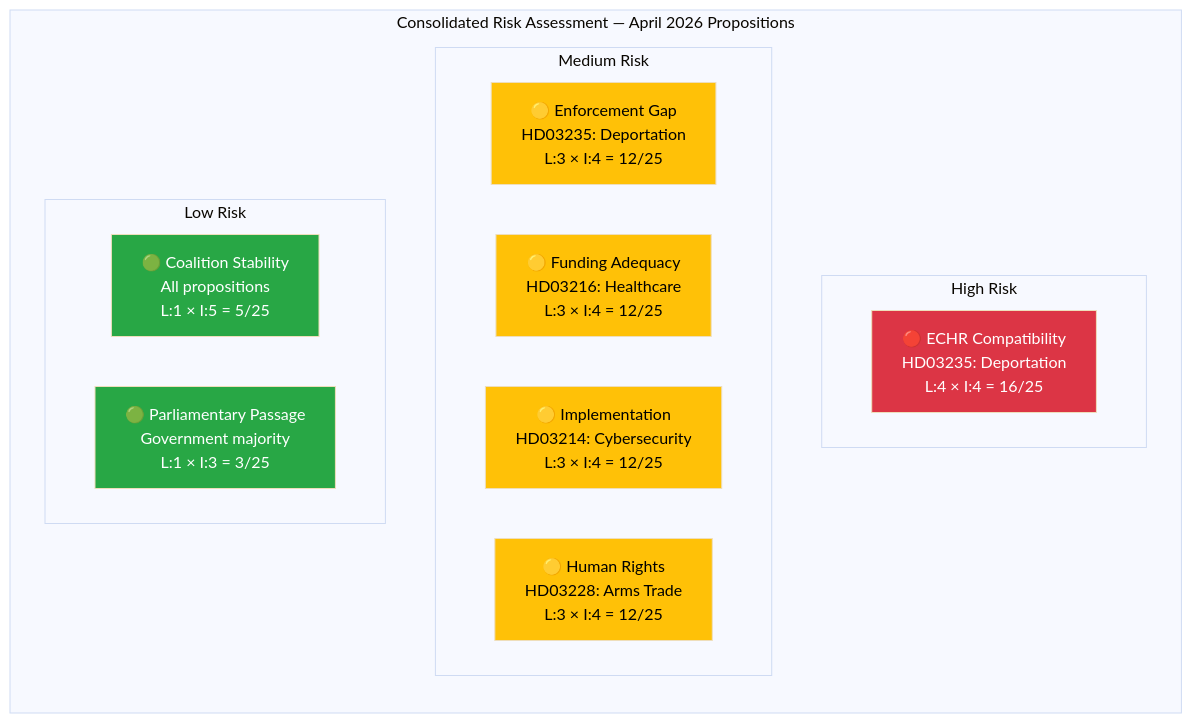
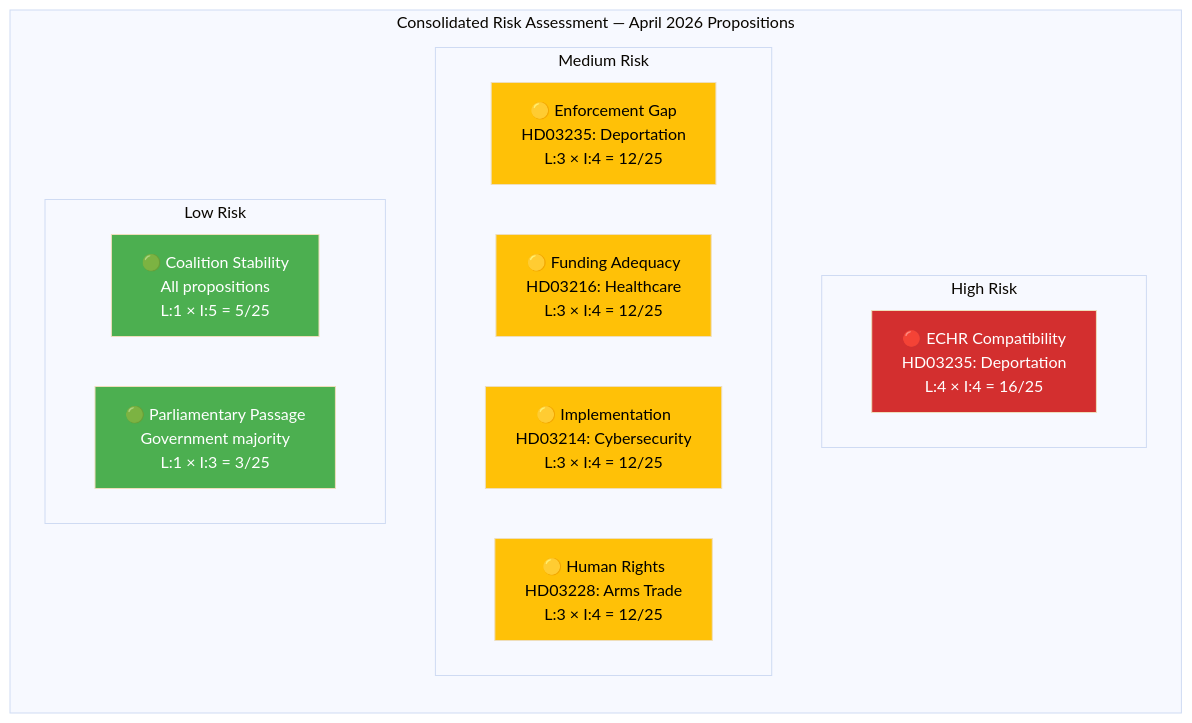
One commit to Hack23/riksdagsmonitor changed the diagram in analysis/daily/2026-04-10/propositions/risk-assessment.md. Above: the diagram before and after it, drawn with Mermaid (base theme). The commit also changed 785 other files, not shown here.

First line of the commit message:
Normalize mermaid colors across 786 analysis artifacts to ISMS Style Guide palette

````diff
--- a/analysis/daily/2026-04-10/propositions/risk-assessment.md
+++ b/analysis/daily/2026-04-10/propositions/risk-assessment.md
@@ -16,26 +16,26 @@
 ```mermaid
 graph TD
     subgraph "Consolidated Risk Assessment — April 2026 Propositions"
         direction TB
         subgraph "High Risk"
             HR1["🔴 ECHR Compatibility<br/>HD03235: Deportation<br/>L:4 × I:4 = 16/25"]
         end
         subgraph "Medium Risk"
             MR1["🟡 Enforcement Gap<br/>HD03235: Deportation<br/>L:3 × I:4 = 12/25"]
             MR2["🟡 Funding Adequacy<br/>HD03216: Healthcare<br/>L:3 × I:4 = 12/25"]
             MR3["🟡 Implementation<br/>HD03214: Cybersecurity<br/>L:3 × I:4 = 12/25"]
             MR4["🟡 Human Rights<br/>HD03228: Arms Trade<br/>L:3 × I:4 = 12/25"]
         end
         subgraph "Low Risk"
             LR1["🟢 Coalition Stability<br/>All propositions<br/>L:1 × I:5 = 5/25"]
             LR2["🟢 Parliamentary Passage<br/>Government majority<br/>L:1 × I:3 = 3/25"]
         end
     end
-    style HR1 fill:#dc3545,color:#fff
-    style MR1 fill:#ffc107,color:#000
-    style MR2 fill:#ffc107,color:#000
-    style MR3 fill:#ffc107,color:#000
-    style MR4 fill:#ffc107,color:#000
-    style LR1 fill:#28a745,color:#fff
-    style LR2 fill:#28a745,color:#fff
+    style HR1 fill:#D32F2F,color:#FFFFFF
+    style MR1 fill:#FFC107,color:#000000
+    style MR2 fill:#FFC107,color:#000000
+    style MR3 fill:#FFC107,color:#000000
+    style MR4 fill:#FFC107,color:#000000
+    style LR1 fill:#4CAF50,color:#FFFFFF
+    style LR2 fill:#4CAF50,color:#FFFFFF
 ```
````
